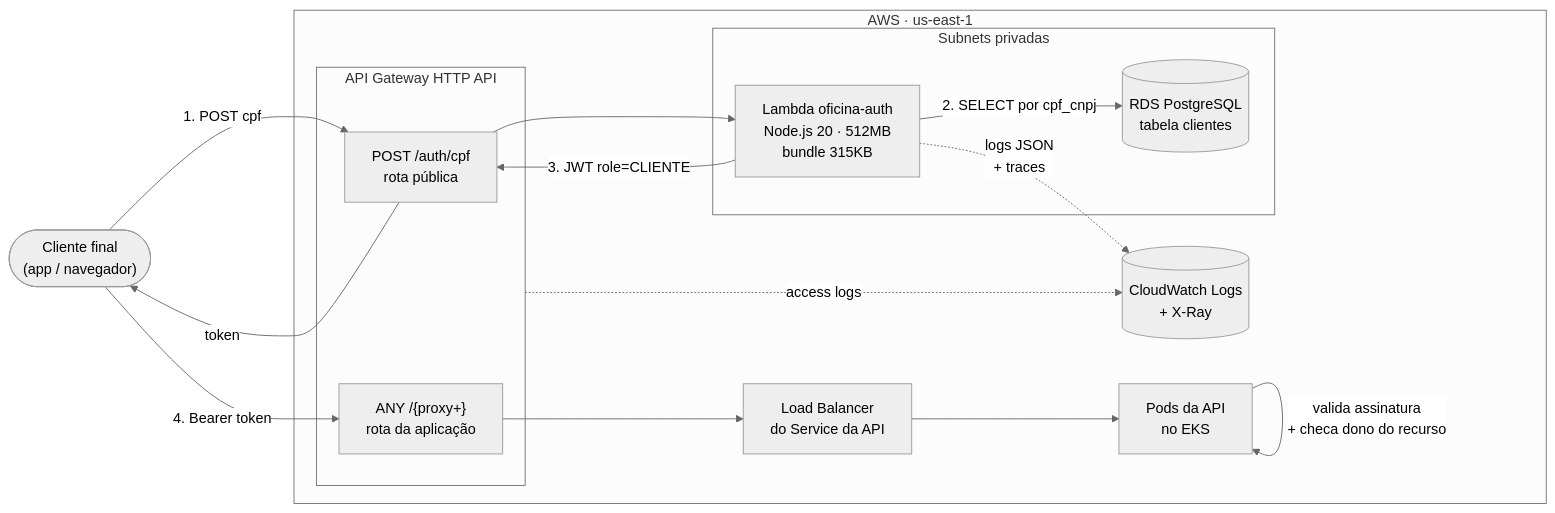
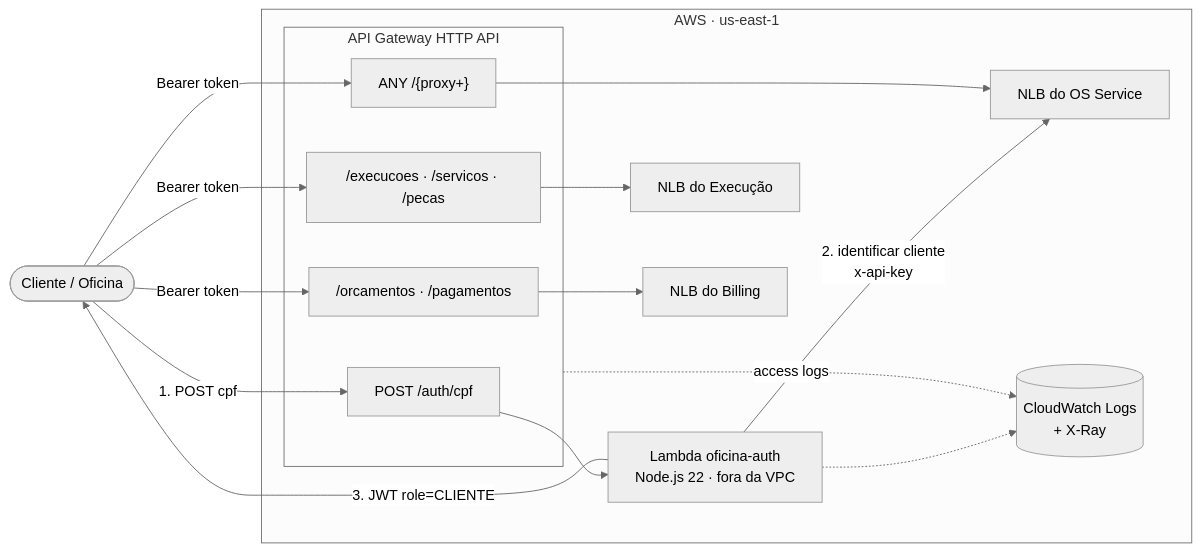
The first of 2 diagrams in README.md (Xikin/oficina-auth-lambda), drawn with Mermaid (neutral theme) before and after one commit. The commit also changed other lines of this file and 14 other files, not shown here.

Commit message:
feat: identificar o cliente pelo OS Service em vez de ler o banco

````diff
--- a/README.md
+++ b/README.md
@@ -22,33 +29,29 @@
 ```mermaid
 flowchart LR
-    cliente(["Cliente final<br/>(app / navegador)"])
+    cliente(["Cliente / Oficina"])
 
     subgraph aws["AWS · us-east-1"]
         subgraph gw["API Gateway HTTP API"]
-            r1["POST /auth/cpf<br/>rota pública"]
-            r2["ANY /{proxy+}<br/>rota da aplicação"]
+            r1["POST /auth/cpf"]
+            r2["/execucoes · /servicos · /pecas"]
+            r3["/orcamentos · /pagamentos"]
+            r4["ANY /{proxy+}"]
         end
 
-        subgraph priv["Subnets privadas"]
-            lambda["Lambda oficina-auth<br/>Node.js 20 · 512MB<br/>bundle 315KB"]
-            rds[("RDS PostgreSQL<br/>tabela clientes")]
-        end
-
-        nlb["Load Balancer<br/>do Service da API"]
-        eks["Pods da API<br/>no EKS"]
+        lambda["Lambda oficina-auth<br/>Node.js 22 · fora da VPC"]
+        os["NLB do OS Service"]
+        ex["NLB do Execução"]
+        bi["NLB do Billing"]
         cw[("CloudWatch Logs<br/>+ X-Ray")]
     end
 
-    cliente -->|"1. POST cpf"| r1
-    r1 --> lambda
-    lambda -->|"2. SELECT por cpf_cnpj"| rds
-    lambda -->|"3. JWT role=CLIENTE"| r1
-    r1 -->|"token"| cliente
-
-    cliente -->|"4. Bearer token"| r2
-    r2 --> nlb --> eks
-    eks -->|"valida assinatura<br/>+ checa dono do recurso"| eks
-
-    lambda -.->|"logs JSON<br/>+ traces"| cw
-    gw -.->|"access logs"| cw
+    cliente -->|"1. POST cpf"| r1 --> lambda
+    lambda -->|"2. identificar cliente<br/>x-api-key"| os
+    lambda -->|"3. JWT role=CLIENTE"| cliente
+    cliente -->|"Bearer token"| r2 & r3 & r4
+    r2 --> ex
+    r3 --> bi
+    r4 --> os
+    lambda -.-> cw
+    gw -.->|access logs| cw
 ```
````
